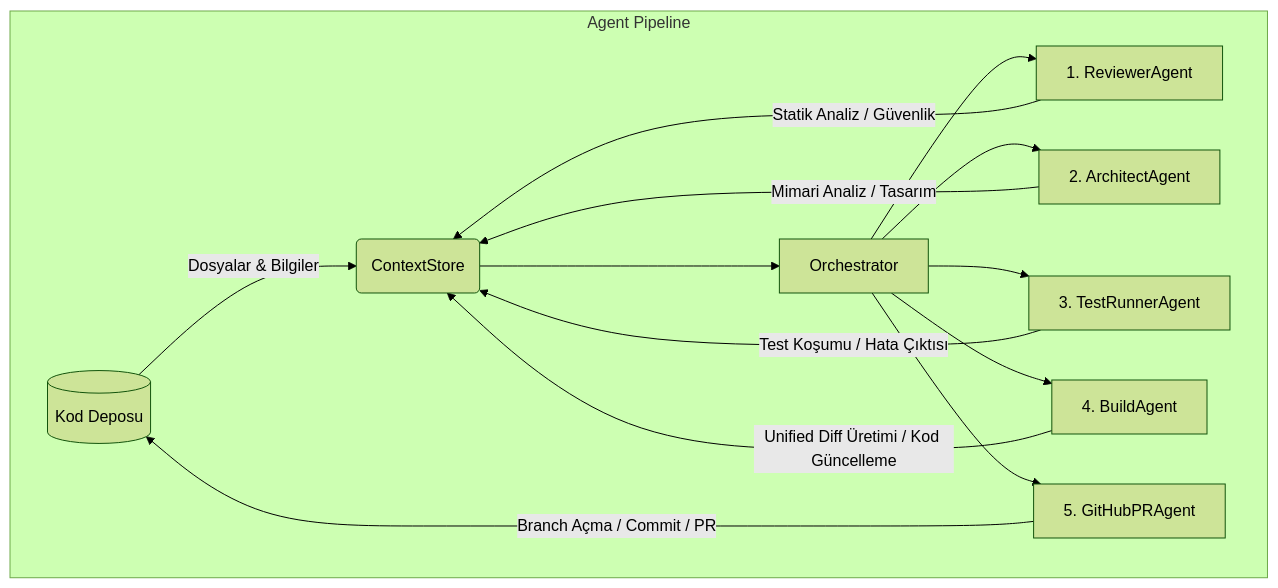
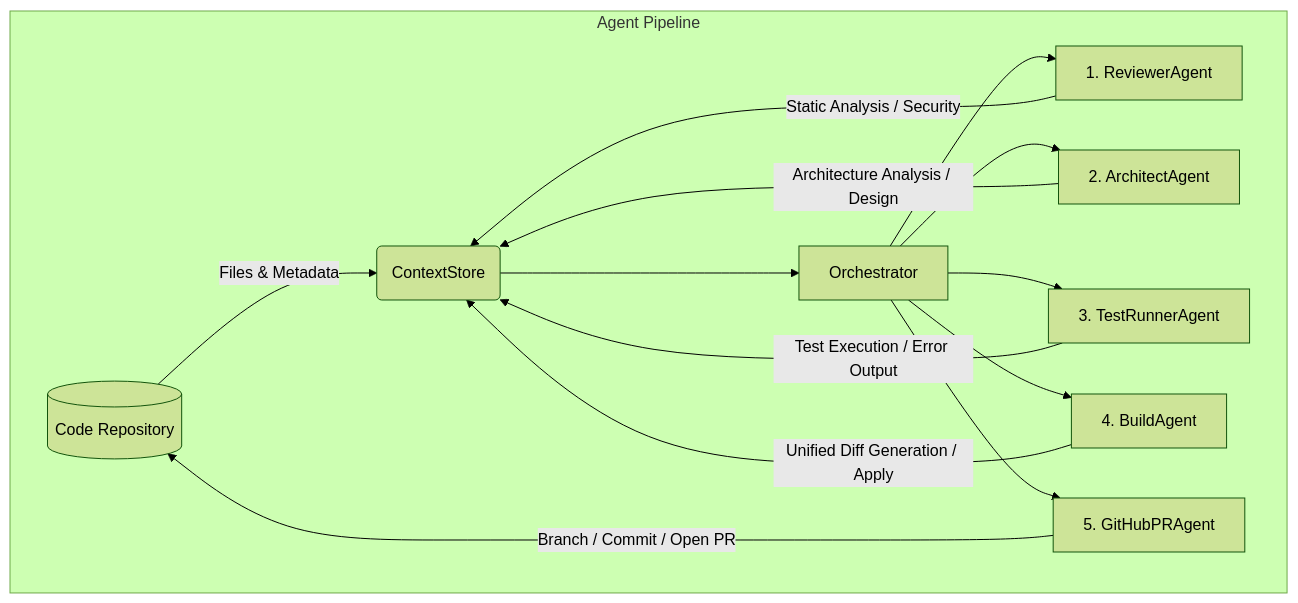
Before and after one commit to Mustafa-Ali-Ertugrul/Multi-Agent: the diagram in README.md, drawn with Mermaid (forest theme). The commit also changed other lines of this file, not shown here.

````diff
--- a/README.md
+++ b/README.md
@@ -31,22 +31,22 @@
 ```mermaid
 flowchart TD
-    Repo[(Kod Deposu)] -->|Dosyalar & Bilgiler| Context(ContextStore)
+    Repo[(Code Repository)] -->|Files & Metadata| Context(ContextStore)
     Context --> Orchestrator
 
     subgraph Agent Pipeline
         Orchestrator --> A1[1. ReviewerAgent]
-        A1 -->|Statik Analiz / Güvenlik| Context
+        A1 -->|Static Analysis / Security| Context
         
         Orchestrator --> A2[2. ArchitectAgent]
-        A2 -->|Mimari Analiz / Tasarım| Context
+        A2 -->|Architecture Analysis / Design| Context
         
         Orchestrator --> A3[3. TestRunnerAgent]
-        A3 -->|Test Koşumu / Hata Çıktısı| Context
+        A3 -->|Test Execution / Error Output| Context
         
         Orchestrator --> A4[4. BuildAgent]
-        A4 -->|Unified Diff Üretimi / Kod Güncelleme| Context
+        A4 -->|Unified Diff Generation / Apply| Context
         
         Orchestrator --> A5[5. GitHubPRAgent]
-        A5 -->|Branch Açma / Commit / PR| Repo
+        A5 -->|Branch / Commit / Open PR| Repo
     end
 ```
````
